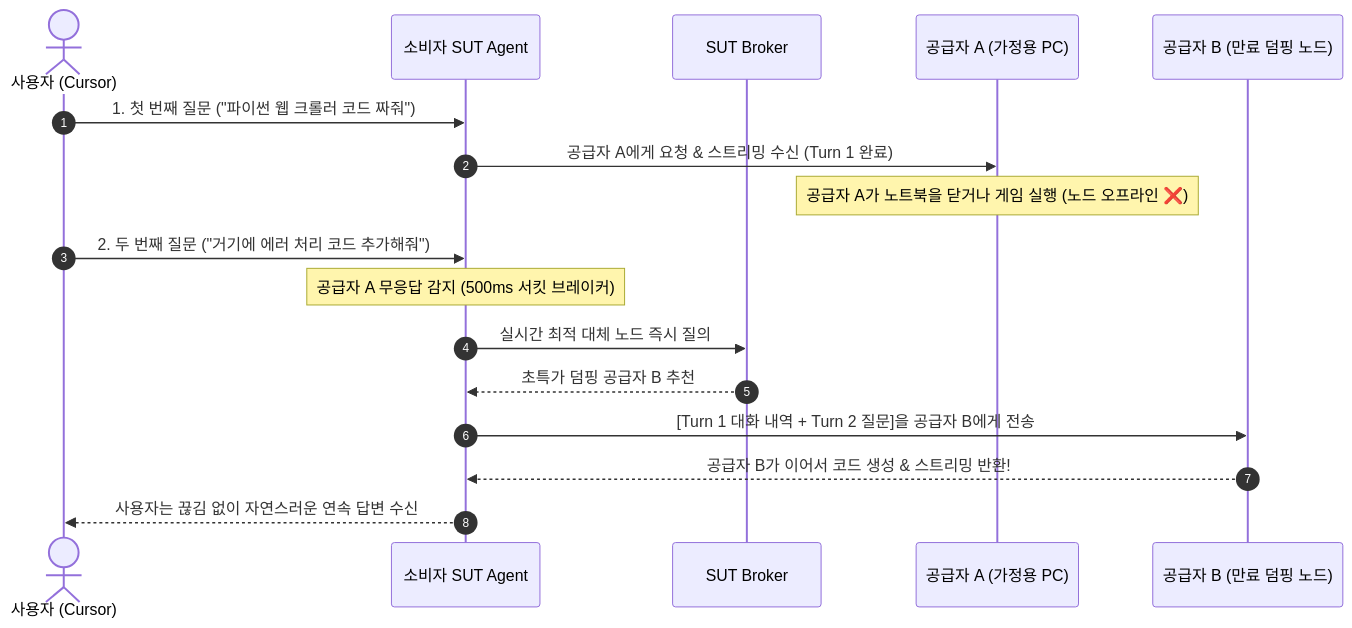
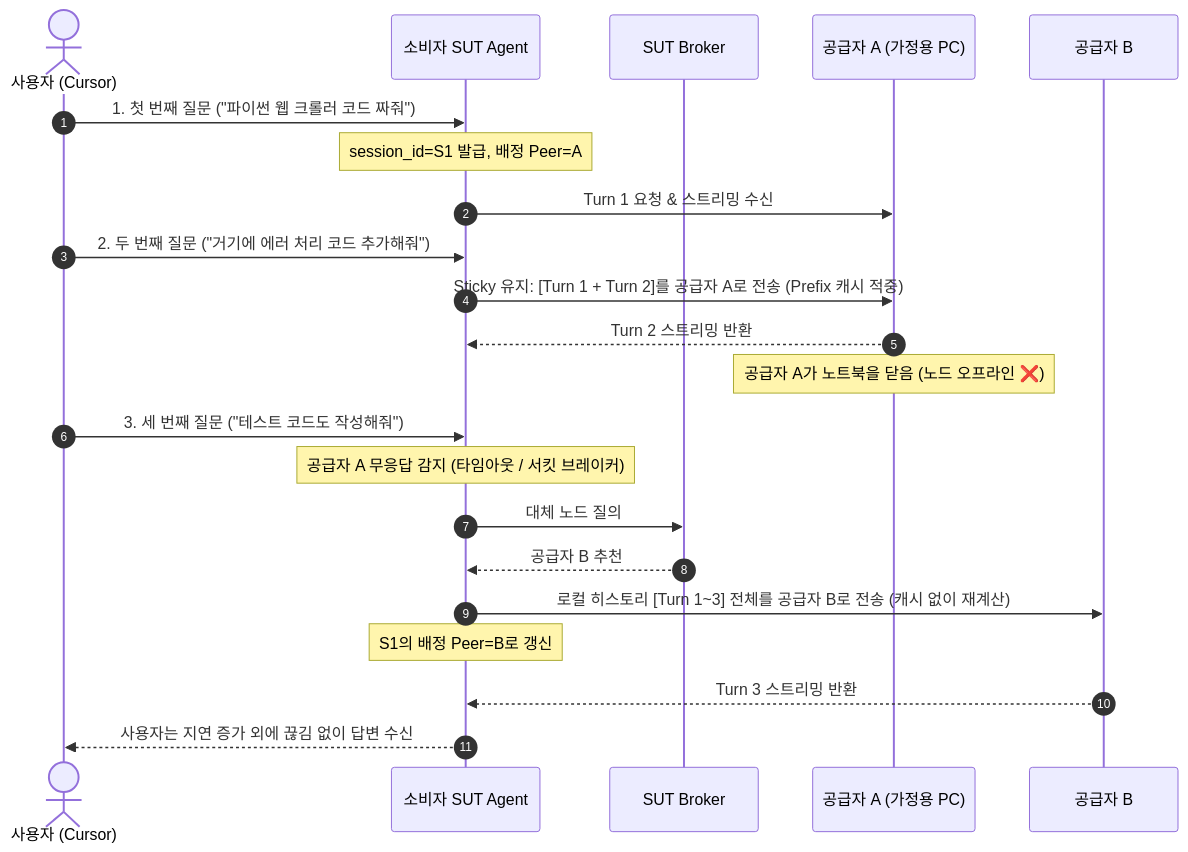
Before and after one commit to tanminkwan/share-ur-tokens: the second of 2 diagrams in docs/dynamic-peer-switching.md, drawn with Mermaid. The commit also changed other lines of this file and 4 other files, not shown here.

First line of the commit message:
docs: Adopt sticky peer routing with stateless fallback

````diff
--- a/docs/dynamic-peer-switching.md
+++ b/docs/dynamic-peer-switching.md
@@ -40,23 +62,28 @@
 ```mermaid
 sequenceDiagram
     autonumber
     actor User as 사용자 (Cursor)
     participant CA as 소비자 SUT Agent
     participant Broker as SUT Broker
     participant PA as 공급자 A (가정용 PC)
-    participant PB as 공급자 B (만료 덤핑 노드)
+    participant PB as 공급자 B
 
     User->>CA: 1. 첫 번째 질문 ("파이썬 웹 크롤러 코드 짜줘")
-    CA->>PA: 공급자 A에게 요청 & 스트리밍 수신 (Turn 1 완료)
-    
-    Note over PA: 공급자 A가 노트북을 닫거나 게임 실행 (노드 오프라인 ❌)
-    
+    Note over CA: session_id=S1 발급, 배정 Peer=A
+    CA->>PA: Turn 1 요청 & 스트리밍 수신
+
     User->>CA: 2. 두 번째 질문 ("거기에 에러 처리 코드 추가해줘")
-    Note over CA: 공급자 A 무응답 감지 (500ms 서킷 브레이커)
-    CA->>Broker: 실시간 최적 대체 노드 즉시 질의
-    Broker-->>CA: 초특가 덤핑 공급자 B 추천
-    
-    CA->>PB: [Turn 1 대화 내역 + Turn 2 질문]을 공급자 B에게 전송
-    PB-->>CA: 공급자 B가 이어서 코드 생성 & 스트리밍 반환!
-    CA-->>User: 사용자는 끊김 없이 자연스러운 연속 답변 수신
+    CA->>PA: Sticky 유지: [Turn 1 + Turn 2]를 공급자 A로 전송 (Prefix 캐시 적중)
+    PA-->>CA: Turn 2 스트리밍 반환
+
+    Note over PA: 공급자 A가 노트북을 닫음 (노드 오프라인 ❌)
+
+    User->>CA: 3. 세 번째 질문 ("테스트 코드도 작성해줘")
+    Note over CA: 공급자 A 무응답 감지 (타임아웃 / 서킷 브레이커)
+    CA->>Broker: 대체 노드 질의
+    Broker-->>CA: 공급자 B 추천
+    CA->>PB: 로컬 히스토리 [Turn 1~3] 전체를 공급자 B로 전송 (캐시 없이 재계산)
+    Note over CA: S1의 배정 Peer=B로 갱신
+    PB-->>CA: Turn 3 스트리밍 반환
+    CA-->>User: 사용자는 지연 증가 외에 끊김 없이 답변 수신
 ```
````
